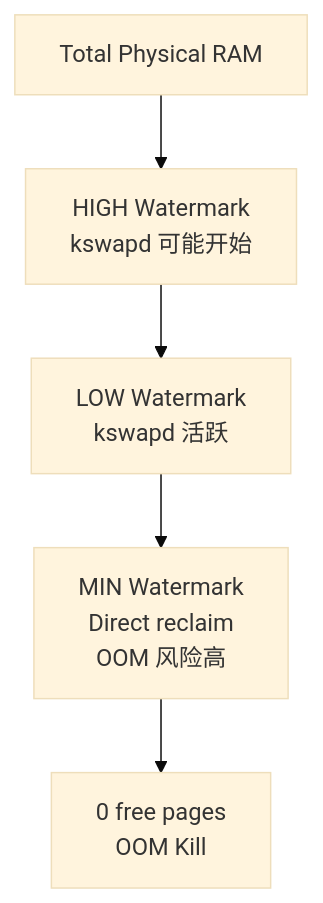
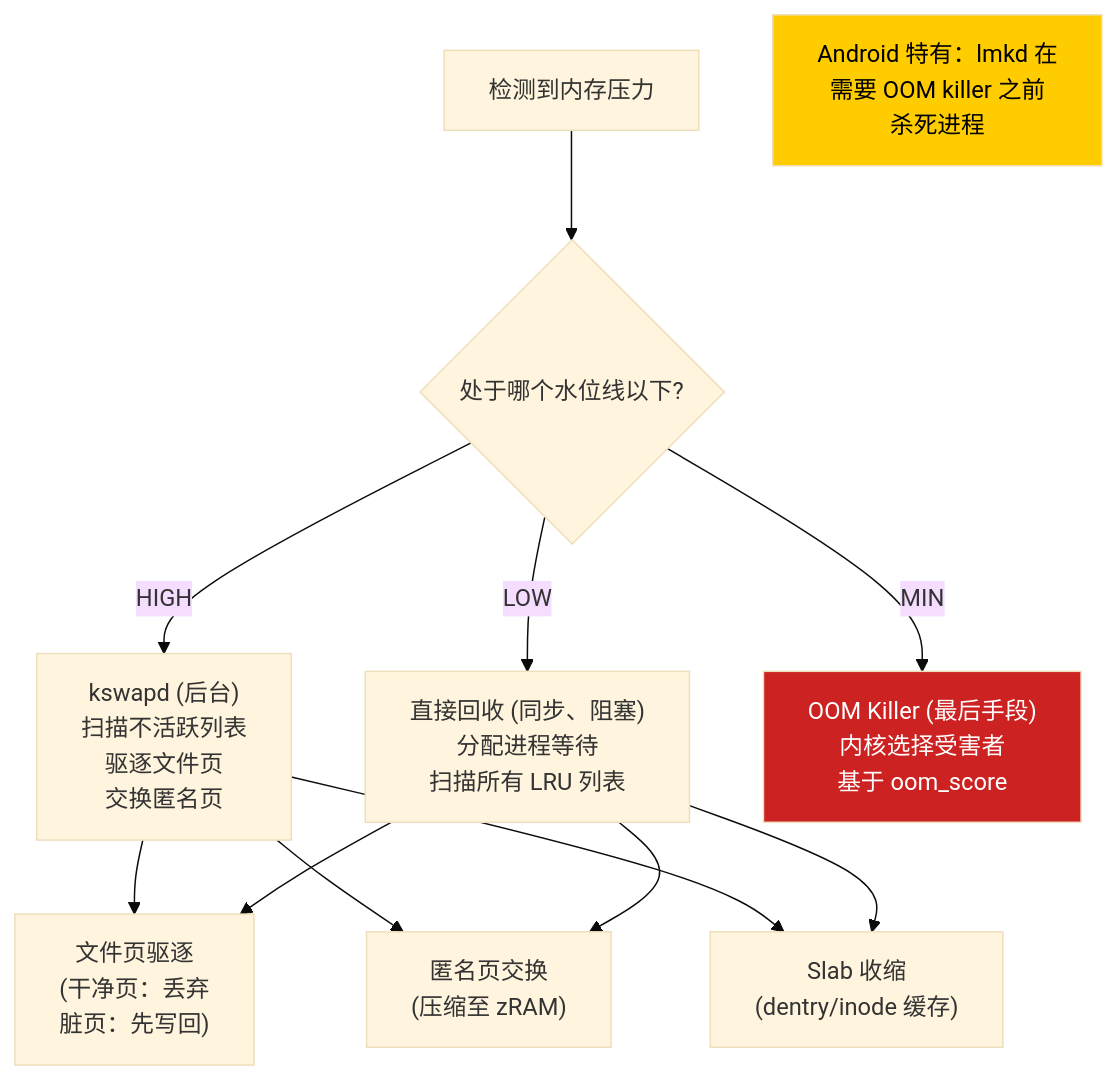
One commit to fwrite0920/aosp-internal-book changed the fourth of 20 diagrams in 08-memory-management-zh.md. Above: the diagram before and after it, drawn with Mermaid (base theme). The commit also changed other lines of this file and 63 other files, not shown here.

````diff
--- a/08-memory-management-zh.md
+++ b/08-memory-management-zh.md
@@ -247,7 +203,23 @@
 ```mermaid
-graph TD
-    Full["Total Physical RAM"] --> HighW["HIGH Watermark<br/>kswapd 可能开始"]
-    HighW --> LowW["LOW Watermark<br/>kswapd 活跃"]
-    LowW --> MinW["MIN Watermark<br/>Direct reclaim<br/>OOM 风险高"]
-    MinW --> Zero["0 free pages<br/>OOM Kill"]
+flowchart TD
+    Pressure["检测到内存压力"] --> Watermark{"处于哪个水位线以下?"}
+
+    Watermark -->|"HIGH"| kswapd["kswapd (后台)<br/>扫描不活跃列表<br/>驱逐文件页<br/>交换匿名页"]
+
+    Watermark -->|"LOW"| DirectRecl["直接回收 (同步、阻塞)<br/>分配进程等待<br/>扫描所有 LRU 列表"]
+
+    Watermark -->|"MIN"| OOM["OOM Killer (最后手段)<br/>内核选择受害者<br/>基于 oom_score"]
+
+    kswapd --> FileEvict["文件页驱逐<br/>(干净页：丢弃<br/>脏页：先写回)"]
+    kswapd --> AnonSwap["匿名页交换<br/>(压缩至 zRAM)"]
+    kswapd --> SlabShrink["Slab 收缩<br/>(dentry/inode 缓存)"]
+
+    DirectRecl --> FileEvict
+    DirectRecl --> AnonSwap
+    DirectRecl --> SlabShrink
+
+    Note1["Android 特有：lmkd 在<br/>需要 OOM killer 之前<br/>杀死进程"]
+
+    style OOM fill:#cc2222,color:#fff
+    style Note1 fill:#ffcc00,color:#000
 ```
````
